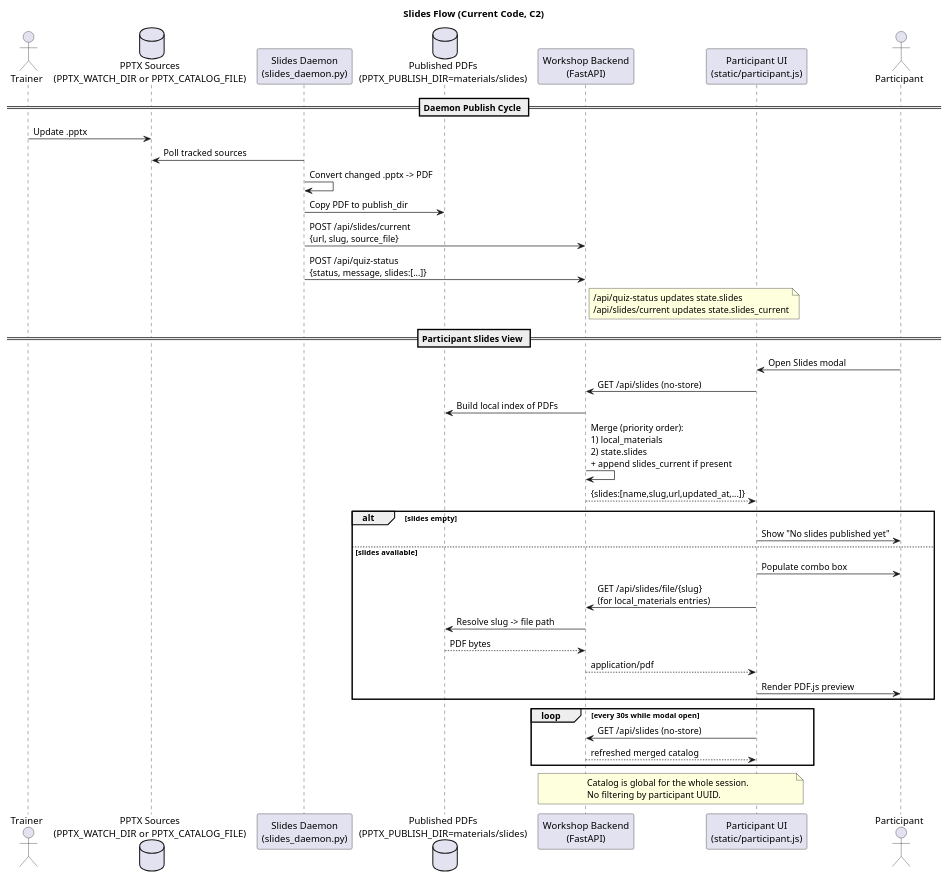
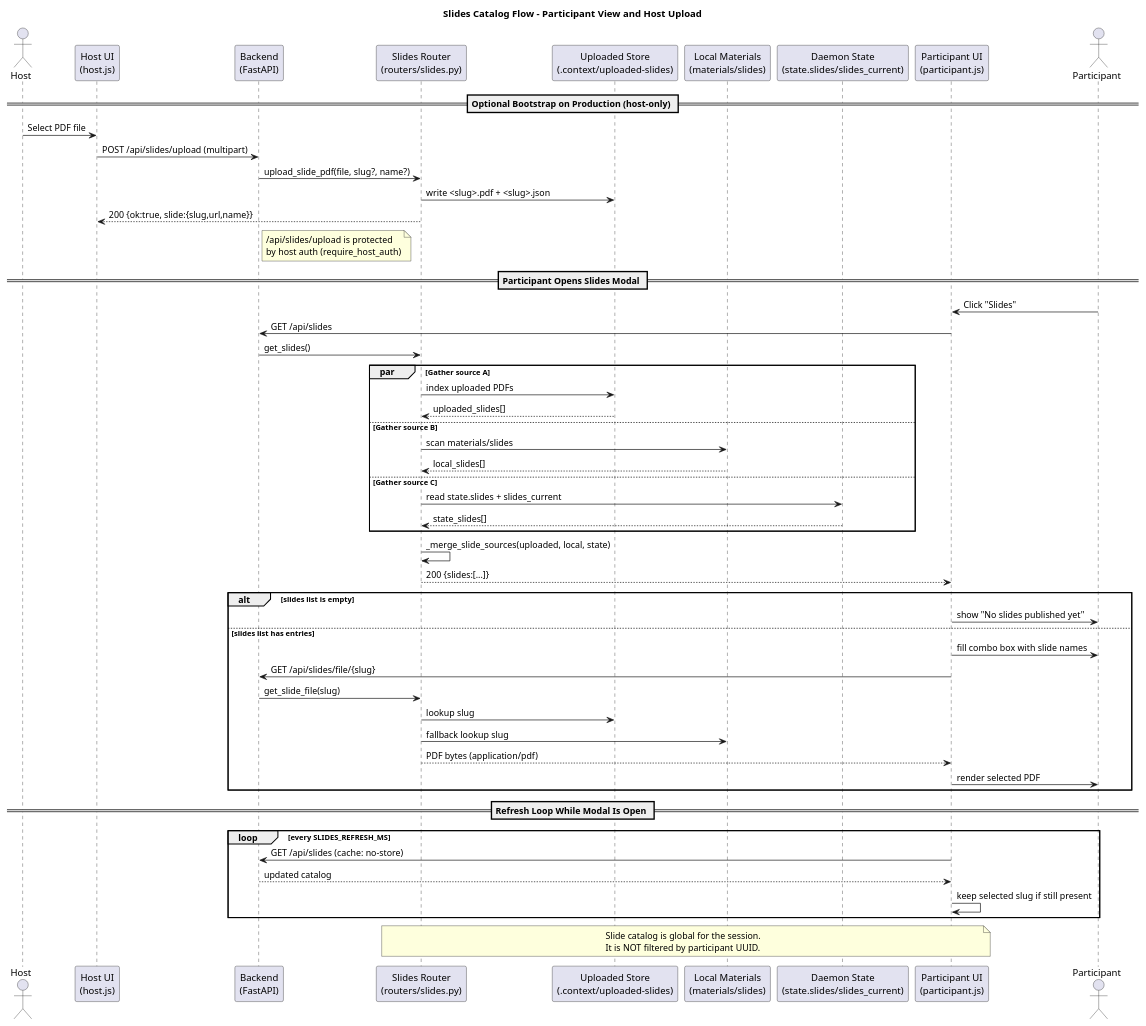
Before and after one commit to victorrentea/training-assistant: the diagram in adoc/seq_slides_flow.puml, drawn with PlantUML. The commit also changed 12 other files, not shown here.

```diff
--- a/adoc/seq_slides_flow.puml
+++ b/adoc/seq_slides_flow.puml
@@ -1,55 +1,72 @@
 @startuml seq_slides_flow
-title Slides Flow (Current Code, C2)
+title Slides Catalog Flow - Participant View and Host Upload
 
-actor "Trainer" as Trainer
-database "PPTX Sources\n(PPTX_WATCH_DIR or PPTX_CATALOG_FILE)" as PptxSources
-participant "Slides Daemon\n(slides_daemon.py)" as Daemon
-database "Published PDFs\n(PPTX_PUBLISH_DIR=materials/slides)" as MaterialsSlides
-participant "Workshop Backend\n(FastAPI)" as Backend
-participant "Participant UI\n(static/participant.js)" as PaxUI
-actor "Participant" as Pax
+actor       "Host" as Host
+participant "Host UI\n(host.js)" as HostUI
+participant "Backend\n(FastAPI)" as Backend
+participant "Slides Router\n(routers/slides.py)" as Slides
+participant "Uploaded Store\n(.context/uploaded-slides)" as UploadStore
+participant "Local Materials\n(materials/slides)" as LocalStore
+participant "Daemon State\n(state.slides/slides_current)" as DaemonState
+participant "Participant UI\n(participant.js)" as PaxUI
+actor       "Participant" as Pax
 
-== Daemon Publish Cycle ==
+== Optional Bootstrap on Production (host-only) ==
 
-Trainer -> PptxSources : Update .pptx
-Daemon -> PptxSources : Poll tracked sources
-Daemon -> Daemon : Convert changed .pptx -> PDF
-Daemon -> MaterialsSlides : Copy PDF to publish_dir
-Daemon -> Backend : POST /api/slides/current\n{url, slug, source_file}
-Daemon -> Backend : POST /api/quiz-status\n{status, message, slides:[...]}
+Host -> HostUI : Select PDF file
+HostUI -> Backend : POST /api/slides/upload (multipart)
+Backend -> Slides : upload_slide_pdf(file, slug?, name?)
+Slides -> UploadStore : write <slug>.pdf + <slug>.json
+Slides --> HostUI : 200 {ok:true, slide:{slug,url,name}}
 
 note right of Backend
-  /api/quiz-status updates state.slides
-  /api/slides/current updates state.slides_current
+  /api/slides/upload is protected
+  by host auth (require_host_auth)
 end note
 
-== Participant Slides View ==
+== Participant Opens Slides Modal ==
 
-Pax -> PaxUI : Open Slides modal
-PaxUI -> Backend : GET /api/slides (no-store)
-Backend -> MaterialsSlides : Build local index of PDFs
-Backend -> Backend : Merge (priority order):\n1) local_materials\n2) state.slides\n+ append slides_current if present
-Backend --> PaxUI : {slides:[name,slug,url,updated_at,...]}
+Pax -> PaxUI : Click "Slides"
+PaxUI -> Backend : GET /api/slides
+Backend -> Slides : get_slides()
 
-alt slides empty
-  PaxUI -> Pax : Show "No slides published yet"
-else slides available
-  PaxUI -> Pax : Populate combo box
-  PaxUI -> Backend : GET /api/slides/file/{slug}\n(for local_materials entries)
-  Backend -> MaterialsSlides : Resolve slug -> file path
-  MaterialsSlides --> Backend : PDF bytes
-  Backend --> PaxUI : application/pdf
-  PaxUI -> Pax : Render PDF.js preview
+par Gather source A
+  Slides -> UploadStore : index uploaded PDFs
+  UploadStore --> Slides : uploaded_slides[]
+else Gather source B
+  Slides -> LocalStore : scan materials/slides
+  LocalStore --> Slides : local_slides[]
+else Gather source C
+  Slides -> DaemonState : read state.slides + slides_current
+  DaemonState --> Slides : state_slides[]
 end
 
-loop every 30s while modal open
-  PaxUI -> Backend : GET /api/slides (no-store)
-  Backend --> PaxUI : refreshed merged catalog
+Slides -> Slides : _merge_slide_sources(uploaded, local, state)
+Slides --> PaxUI : 200 {slides:[...]}
+
+alt slides list is empty
+  PaxUI -> Pax : show "No slides published yet"
+else slides list has entries
+  PaxUI -> Pax : fill combo box with slide names
+  PaxUI -> Backend : GET /api/slides/file/{slug}
+  Backend -> Slides : get_slide_file(slug)
+  Slides -> UploadStore : lookup slug
+  Slides -> LocalStore : fallback lookup slug
+  Slides --> PaxUI : PDF bytes (application/pdf)
+  PaxUI -> Pax : render selected PDF
 end
 
-note over PaxUI, Backend
-  Catalog is global for the whole session.
-  No filtering by participant UUID.
+== Refresh Loop While Modal Is Open ==
+
+loop every SLIDES_REFRESH_MS
+  PaxUI -> Backend : GET /api/slides (cache: no-store)
+  Backend --> PaxUI : updated catalog
+  PaxUI -> PaxUI : keep selected slug if still present
+end
+
+note over PaxUI, Slides
+  Slide catalog is global for the session.
+  It is NOT filtered by participant UUID.
 end note
 
 @enduml
```
